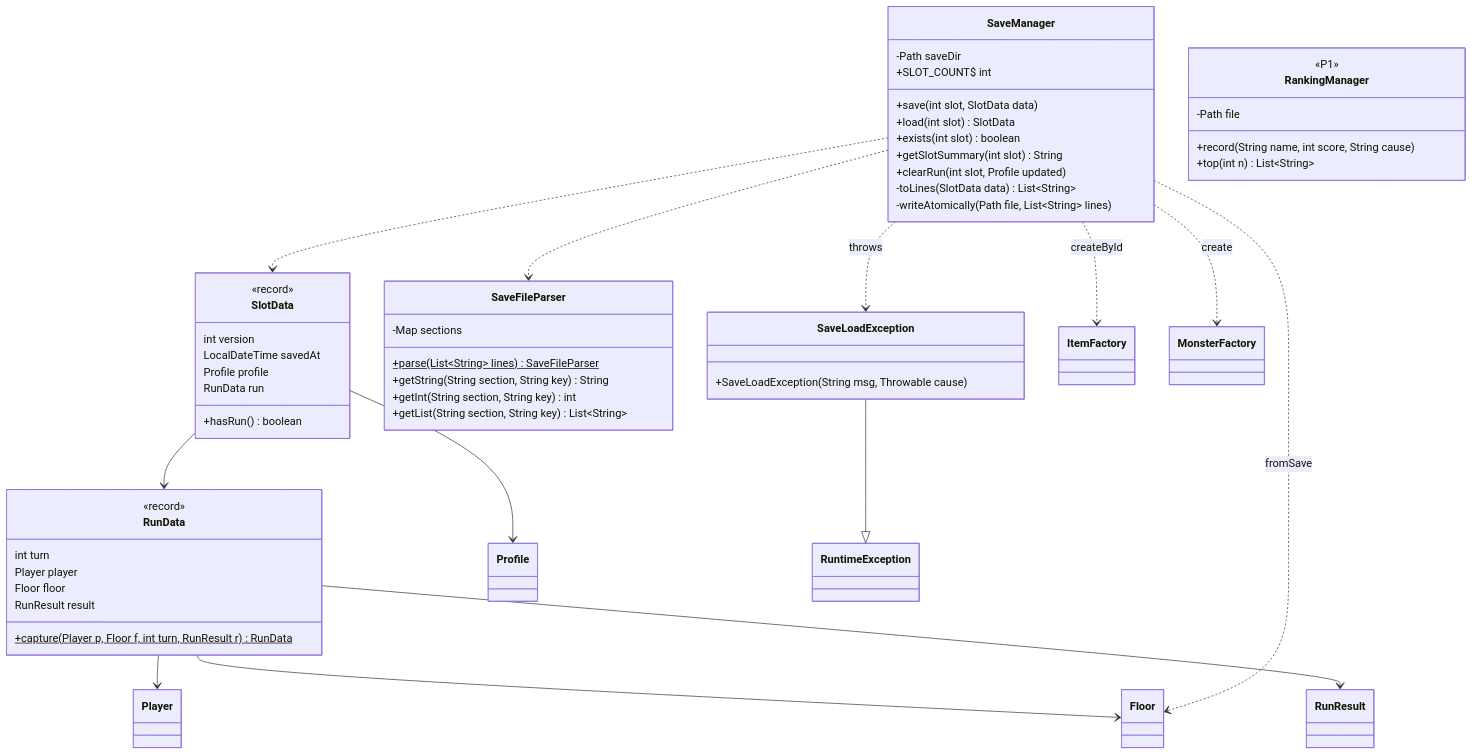
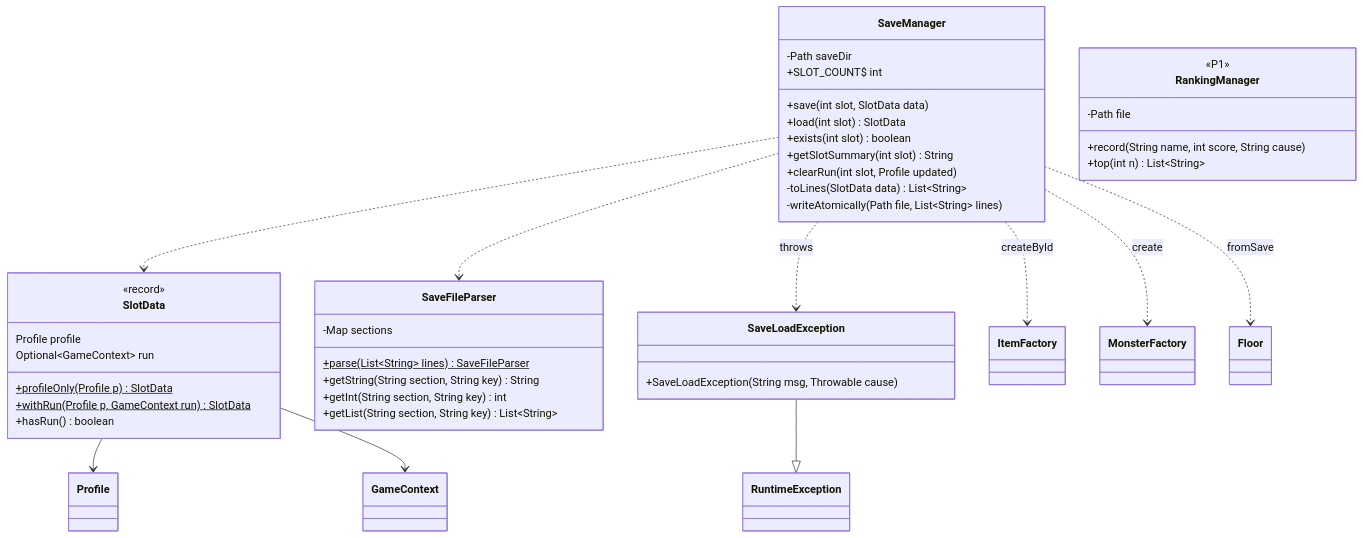
One commit to likelion-boot-camp-28th/side-project01-team01 changed the seventh of 9 diagrams in docs/Class-Diagram.md. Above: the diagram before and after it, drawn with Mermaid. The commit also changed other lines of this file and 7 other files, not shown here.

First line of the commit message:
feat: A 파트 2차 스켈레톤 추가 (TurnSystem, GameManager, MapRenderer, SlotData)

````diff
--- a/docs/Class-Diagram.md
+++ b/docs/Class-Diagram.md
@@ -774,59 +789,48 @@
 ```mermaid
 classDiagram
     class SaveManager {
         -Path saveDir
         +SLOT_COUNT$ int
         +save(int slot, SlotData data)
         +load(int slot) SlotData
         +exists(int slot) boolean
         +getSlotSummary(int slot) String
         +clearRun(int slot, Profile updated)
         -toLines(SlotData data) List~String~
         -writeAtomically(Path file, List~String~ lines)
     }
     class SlotData {
         <<record>>
-        int version
-        LocalDateTime savedAt
         Profile profile
-        RunData run
+        Optional~GameContext~ run
+        +profileOnly(Profile p)$ SlotData
+        +withRun(Profile p, GameContext run)$ SlotData
         +hasRun() boolean
-    }
-    class RunData {
-        <<record>>
-        int turn
-        Player player
-        Floor floor
-        RunResult result
-        +capture(Player p, Floor f, int turn, RunResult r)$ RunData
     }
     class SaveFileParser {
         -Map sections
         +parse(List~String~ lines)$ SaveFileParser
         +getString(String section, String key) String
         +getInt(String section, String key) int
         +getList(String section, String key) List~String~
     }
     class SaveLoadException {
         +SaveLoadException(String msg, Throwable cause)
     }
     class RankingManager {
         <<P1>>
         -Path file
         +record(String name, int score, String cause)
         +top(int n) List~String~
     }
 
     SaveManager ..> SlotData
     SaveManager ..> SaveFileParser
     SaveManager ..> SaveLoadException : throws
     SlotData --> Profile
-    SlotData --> RunData
-    RunData --> Player
-    RunData --> Floor
-    RunData --> RunResult
+    SlotData --> GameContext
     SaveManager ..> ItemFactory : createById
     SaveManager ..> MonsterFactory : create
     SaveManager ..> Floor : fromSave
     SaveLoadException --|> RuntimeException
 ```
````
